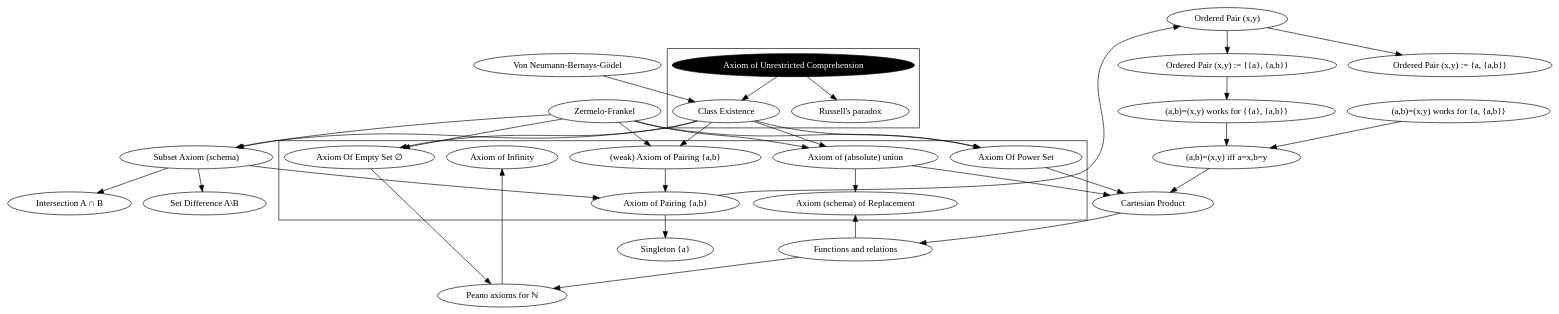
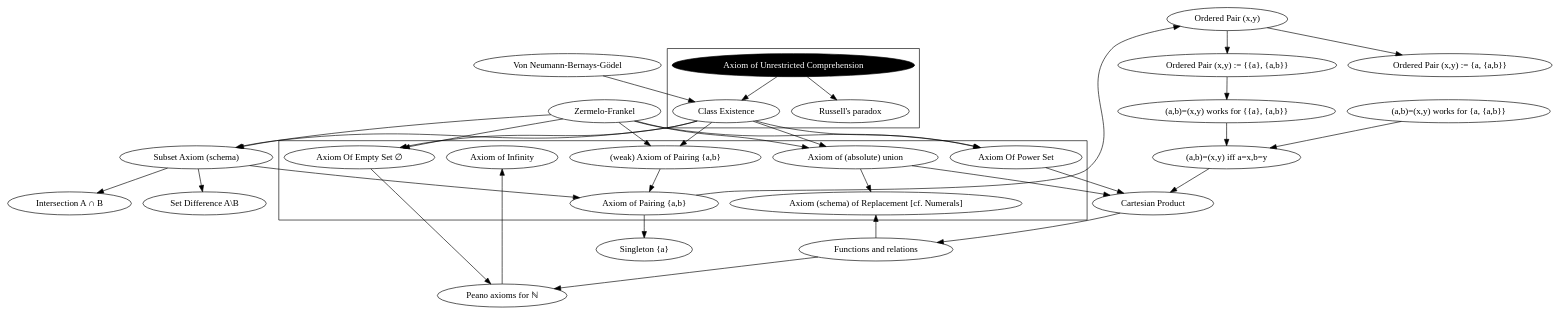
The diagram in docs/SetTheoryAxioms.dot (zaimoni/Franci), drawn with Graphviz before and after one commit. The commit also changed 3 other files, not shown here.

```diff
--- a/docs/SetTheoryAxioms.dot
+++ b/docs/SetTheoryAxioms.dot
@@ -1,72 +1,72 @@
 strict digraph {
     UnrestrictedComprehension [label="Axiom of Unrestricted Comprehension" style=filled fillcolor=black fontcolor=white]
     RussellsParadox [label="Russell's paradox"]
     ClassExistence [label="Class Existence"]
 
     subgraph clusterUnrestrictedComprehension {
         UnrestrictedComprehension -> RussellsParadox
         UnrestrictedComprehension -> ClassExistence
     }
 
     ZF [label="Zermelo-Frankel"]
     NBG [label="Von Neumann-Bernays-G&ouml;del"]
 
     NBG -> ClassExistence
 
     SubsetAxiom [label="Subset Axiom (schema)"]
     AxiomOfEmptySet [label="Axiom Of Empty Set &#x2205;"]
 
     Intersection [label="Intersection A &#x2229; B"]
     SetDifference [label="Set Difference A\\B"]
 
     SubsetAxiom -> {Intersection, SetDifference}
 
     AxiomOfPairing [label="Axiom of Pairing {a,b}"]
     AxiomOfPairingWeak [label="(weak) Axiom of Pairing {a,b}"]
 
     {AxiomOfPairingWeak, SubsetAxiom} -> AxiomOfPairing
 
     Singleton [label="Singleton {a}"]
     OrderedPair [label="Ordered Pair (x,y)"]
     OrderedPairKuratowski [label="Ordered Pair (x,y) := {{a}, {a,b}}"]
     OrderedPairTarksiGrothendieck [label="Ordered Pair (x,y) := {a, {a,b}}"]
 
     AxiomOfPairing -> {Singleton, OrderedPair}
     OrderedPair -> {OrderedPairKuratowski, OrderedPairTarksiGrothendieck}
 
     OrderedPairCoordinatewiseEquality [label="(a,b)=(x,y) iff a=x,b=y"]
     OrderedPairCoordinatewiseEqualityKuratowski [label="(a,b)=(x,y) works for {{a}, {a,b}}"]
     OrderedPairCoordinatewiseEqualityTarksiGrothendieck [label="(a,b)=(x,y) works for {a, {a,b}}"]
 
     {OrderedPairCoordinatewiseEqualityKuratowski OrderedPairCoordinatewiseEqualityTarksiGrothendieck} -> OrderedPairCoordinatewiseEquality
     OrderedPairKuratowski -> OrderedPairCoordinatewiseEqualityKuratowski
 
     AxiomOfAbsoluteUnion [label="Axiom of (absolute) union"]
     CartesianProduct [label="Cartesian Product"]
     AxiomOfPowerSet [label="Axiom Of Power Set"]
 
     FunctionsAndRelations [label="Functions and relations"]
 
     {AxiomOfAbsoluteUnion, AxiomOfPowerSet, OrderedPairCoordinatewiseEquality} -> CartesianProduct -> FunctionsAndRelations
 
     PeanoAxioms [label="Peano axioms for &#x2115;"]
     AxiomOfInfinity [label="Axiom of Infinity"]
 
     {FunctionsAndRelations, AxiomOfEmptySet} -> PeanoAxioms -> AxiomOfInfinity
 
     ZF -> {SubsetAxiom AxiomOfEmptySet AxiomOfPairingWeak AxiomOfAbsoluteUnion AxiomOfPowerSet }
     ClassExistence -> { SubsetAxiom AxiomOfEmptySet AxiomOfPairingWeak AxiomOfAbsoluteUnion AxiomOfPowerSet }
 
-    AxiomOfReplacement [label="Axiom (schema) of Replacement"]
+    AxiomOfReplacement [label="Axiom (schema) of Replacement [cf. Numerals]"]
     {FunctionsAndRelations AxiomOfAbsoluteUnion} -> AxiomOfReplacement
 
     subgraph clusterSetSpawn {
         AxiomOfEmptySet
         AxiomOfPairingWeak
         AxiomOfPairing
         AxiomOfAbsoluteUnion
         AxiomOfPowerSet
         AxiomOfInfinity
         AxiomOfReplacement
     }
 }
```
